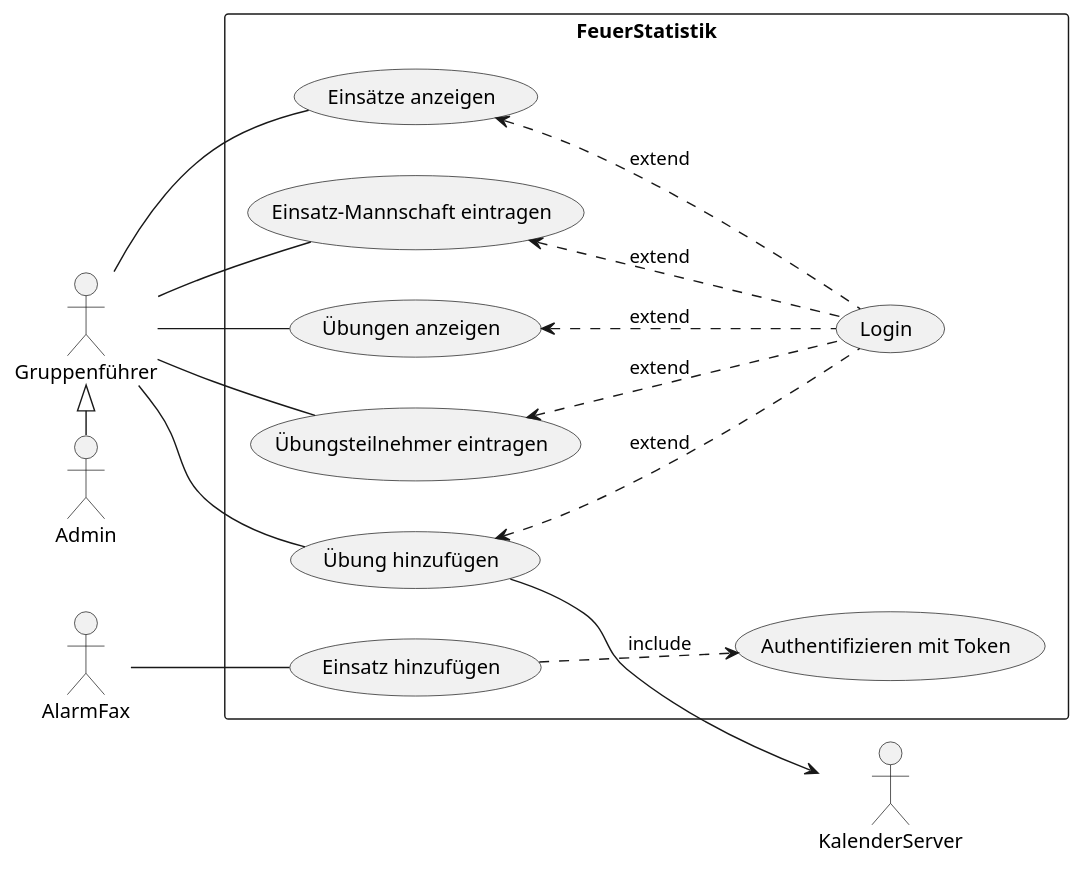
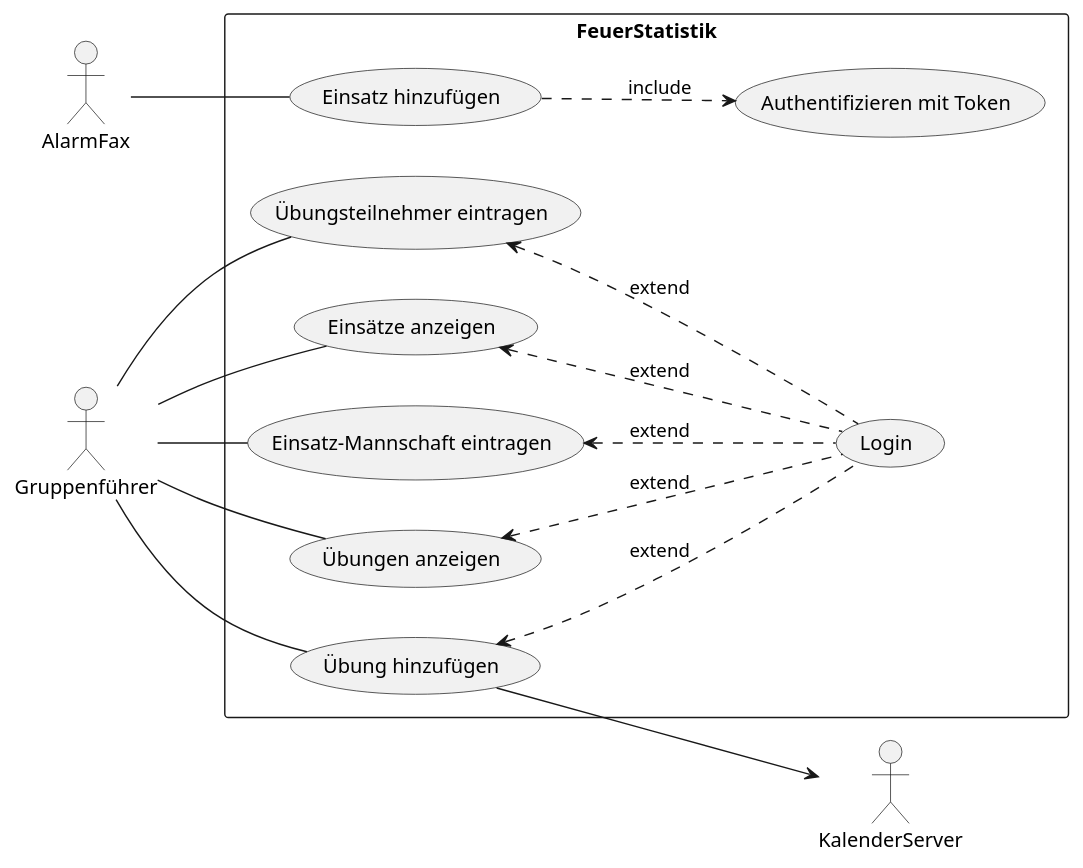
The diagram in docs/01_Requirements/UseCases/UseCase_CalloutTraining.plantuml (gampig/feuerwehr-app), drawn with PlantUML before and after one commit. The commit also changed 12 other files, not shown here.

```diff
--- a/docs/01_Requirements/UseCases/UseCase_CalloutTraining.plantuml
+++ b/docs/01_Requirements/UseCases/UseCase_CalloutTraining.plantuml
@@ -1,45 +1,43 @@
 @startuml
 left to right direction
 
 actor "AlarmFax" as fax
 actor "KalenderServer" as calendar
 
 actor "Gruppenführer" as leader
-actor "Admin" as admin
-leader <|- admin
 
 rectangle FeuerStatistik {
     ' Callout added automatically
     usecase "Einsatz hinzufügen" as AddCallout
 
     ' Callouts
     usecase "Einsätze anzeigen" as ViewCallouts
     usecase "Einsatz-Mannschaft eintragen" as SelectCrew
-    
+
     ' Trainings
     usecase "Übungen anzeigen" as ViewTrainings
     usecase "Übung hinzufügen" as AddTraining
     usecase "Übungsteilnehmer eintragen" as SelectTrainingParticipants
 
     usecase "Authentifizieren mit Token" as Token
     usecase "Login" as Login
 
     (AddCallout) ..> (Token) : include
     (ViewCallouts) <.. (Login) : extend
     (SelectCrew) <.. (Login) : extend
 
     (ViewTrainings) <.. (Login) : extend
     (SelectTrainingParticipants) <.. (Login) : extend
     (AddTraining) <.. (Login) : extend
 }
 
 fax -- (AddCallout)
 leader -- (ViewCallouts)
 leader -- (SelectCrew)
 
 leader -- (ViewTrainings)
 leader -- (SelectTrainingParticipants)
 leader -- (AddTraining)
 
 (AddTraining) --> calendar
 @enduml
```
